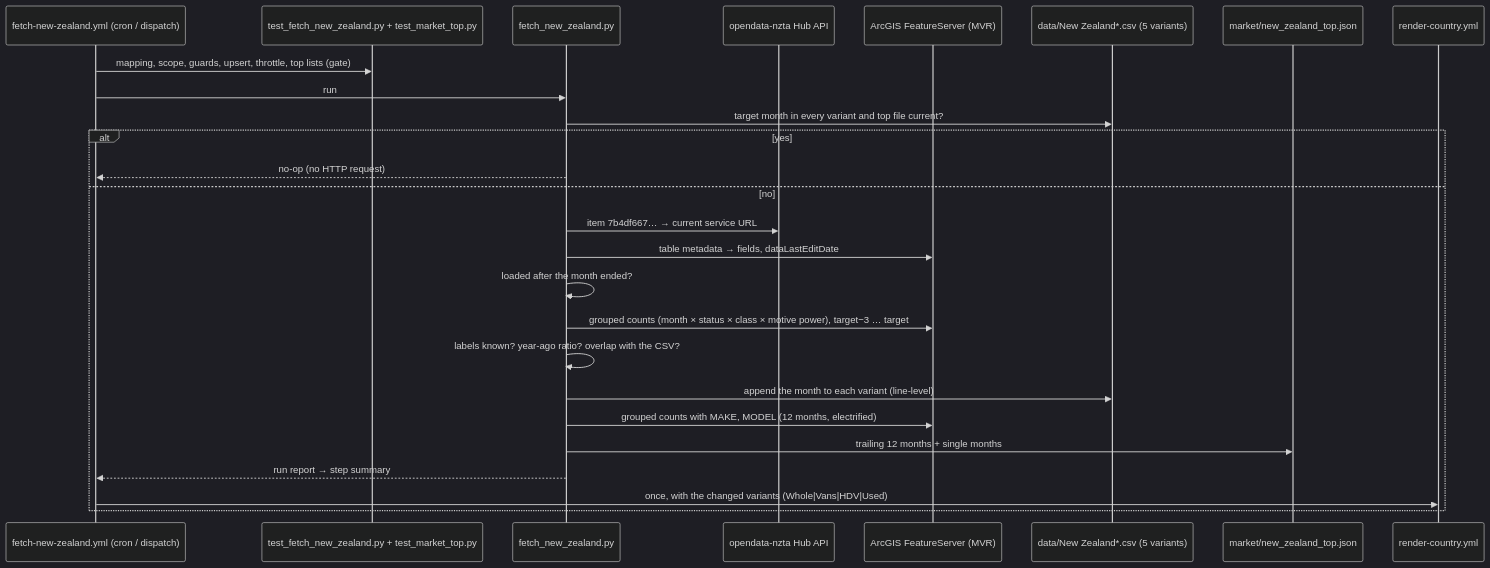
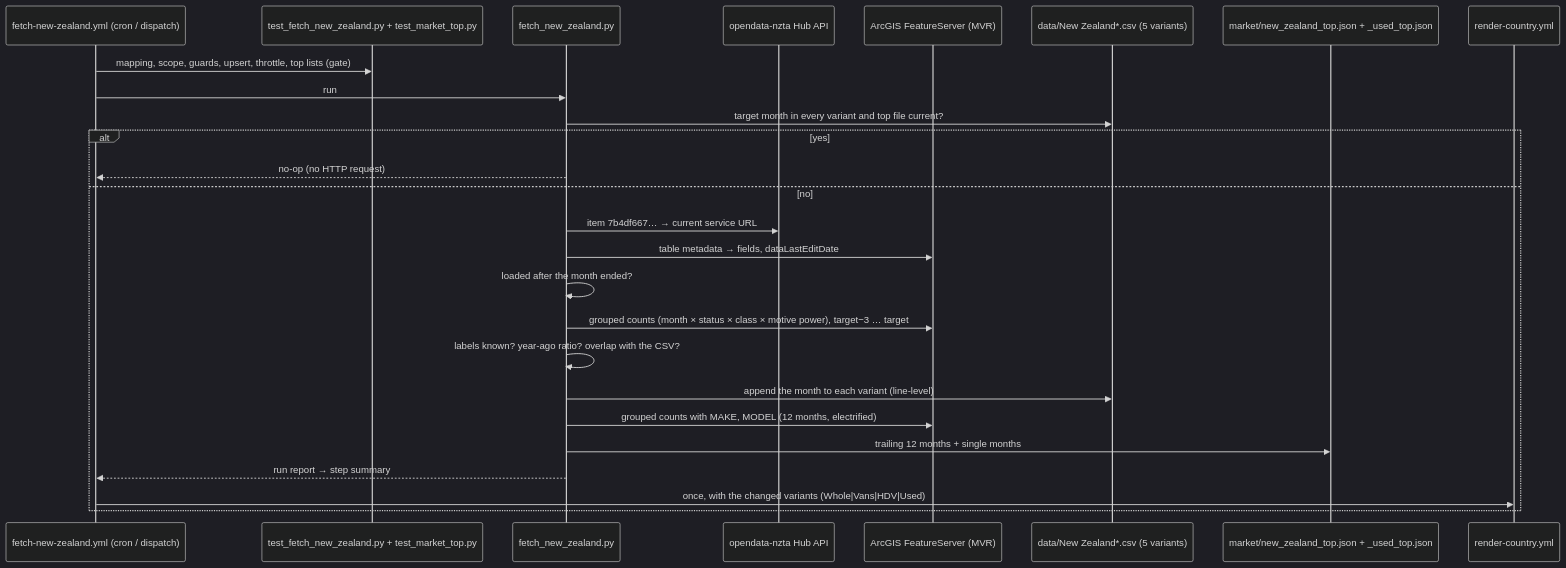
One commit to LeRaffl/LeRaffl-Gallery changed the diagram in docs/architecture/19-source-new-zealand.md. Above: the diagram before and after it, drawn with Mermaid (dark theme). The commit also changed other lines of this file and 9 other files, not shown here.

First line of the commit message:
feat: New Zealand brand and model table for Used

````diff
--- a/docs/architecture/19-source-new-zealand.md
+++ b/docs/architecture/19-source-new-zealand.md
@@ -319,28 +330,28 @@
 ```mermaid
 sequenceDiagram
     participant Cron as fetch-new-zealand.yml (cron / dispatch)
     participant Test as test_fetch_new_zealand.py + test_market_top.py
     participant Py as fetch_new_zealand.py
     participant Hub as opendata-nzta Hub API
     participant FS as ArcGIS FeatureServer (MVR)
     participant CSV as data/New Zealand*.csv (5 variants)
-    participant Top as market/new_zealand_top.json
+    participant Top as market/new_zealand_top.json + _used_top.json
     participant Render as render-country.yml
     Cron->>Test: mapping, scope, guards, upsert, throttle, top lists (gate)
     Cron->>Py: run
     Py->>CSV: target month in every variant and top file current?
     alt yes
         Py-->>Cron: no-op (no HTTP request)
     else no
         Py->>Hub: item 7b4df667… → current service URL
         Py->>FS: table metadata → fields, dataLastEditDate
         Py->>Py: loaded after the month ended?
         Py->>FS: grouped counts (month × status × class × motive power), target−3 … target
         Py->>Py: labels known? year-ago ratio? overlap with the CSV?
         Py->>CSV: append the month to each variant (line-level)
         Py->>FS: grouped counts with MAKE, MODEL (12 months, electrified)
         Py->>Top: trailing 12 months + single months
         Py-->>Cron: run report → step summary
         Cron->>Render: once, with the changed variants (Whole|Vans|HDV|Used)
     end
 ```
````
